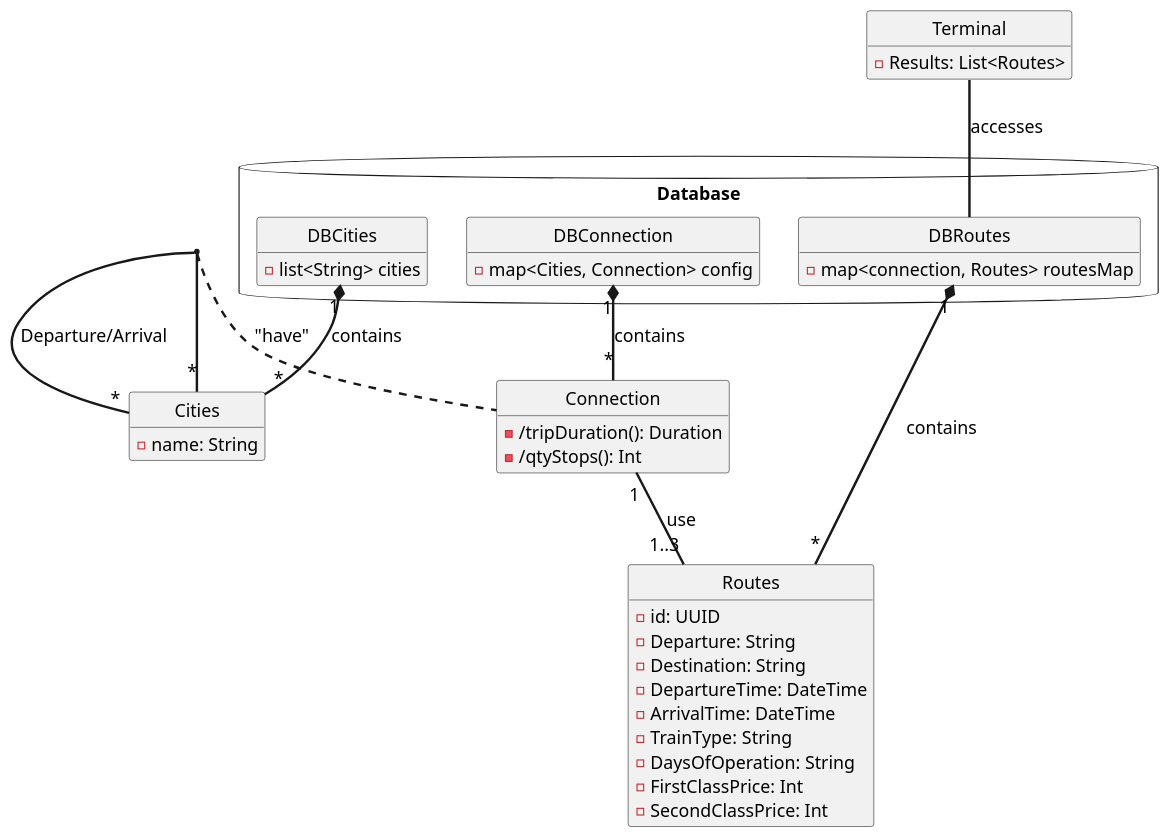
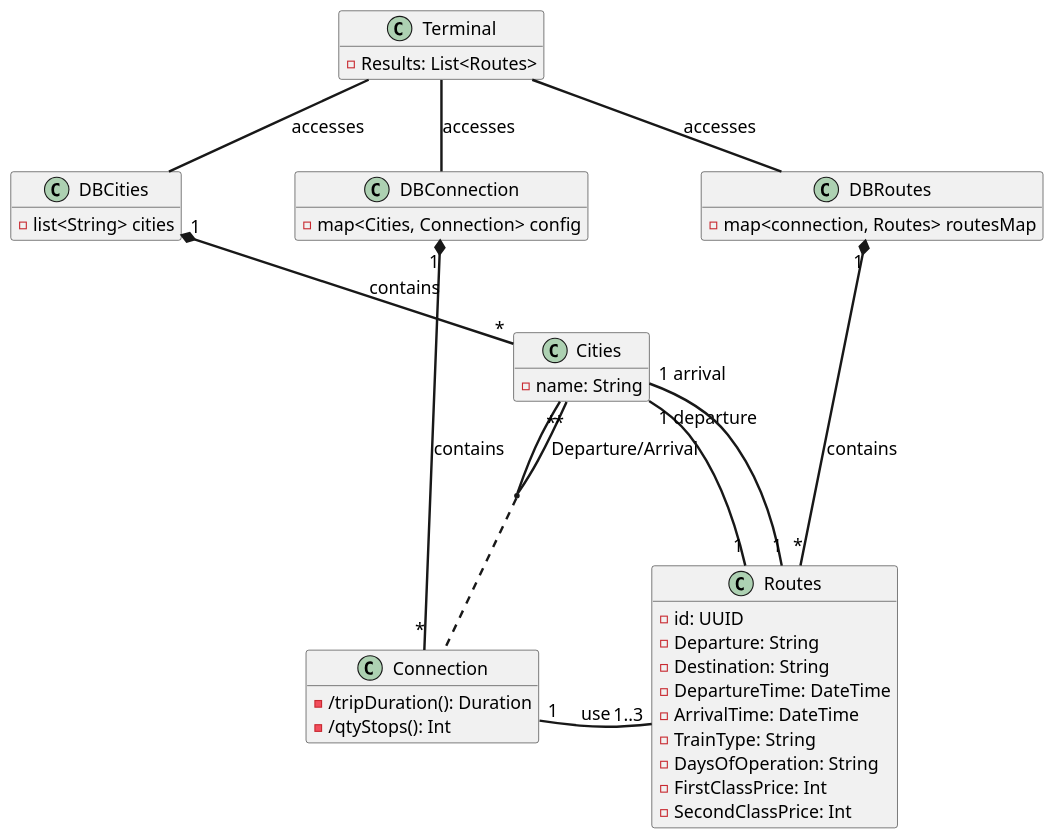
One commit to Cimpo1/SOEN342_2025 changed the diagram in docs/domain.plantuml. Above: the diagram before and after it, drawn with PlantUML. The commit also changed 3 other files, not shown here.

```diff
--- a/docs/domain.plantuml
+++ b/docs/domain.plantuml
@@ -1,72 +1,83 @@
 @startuml Domain Model
-skinparam style strictuml
 skinparam DefaultFontName Arial
 skinparam DefaultFontSize 16
 skinparam DefaultFontStyle bold
 skinparam ArrowThickness 2.2
 hide empty members
 
 class "Terminal" as terminal {
     - Results: List<Routes>
 }
 
 class "Routes" as routes {
     - id: UUID
     - Departure: String
     - Destination: String
     - DepartureTime: DateTime
     - ArrivalTime: DateTime
     - TrainType: String
     - DaysOfOperation: String
     - FirstClassPrice: Int
     - SecondClassPrice: Int
 }
 
-package "Database" <<Database>> {
-    class "DBRoutes" as DBRoutes {
-        - map<connection, Routes> routesMap
-    }
-    class "DBConnection" as DBConnection {
-        - map<Cities, Connection> config
-    }
-    class "DBCities" as DBCities {
-        - list<String> cities
-    }
+
+class "DBRoutes" as DBRoutes {
+    - map<connection, Routes> routesMap
 }
+class "DBConnection" as DBConnection {
+    - map<Cities, Connection> config
+}
+class "DBCities" as DBCities {
+    - list<String> cities
+}
+
 
 class "Connection" as connection {
     - /tripDuration(): Duration
     - /qtyStops(): Int
 }
 
 DBConnection "1" *-- "*" connection : "contains"
 DBCities  "1" *-- "*" cities : "contains"
 
 class "Cities" as cities {
     - name: String
 }
 
 cities "*" -- "*" cities : "Departure/Arrival"
 
 
 terminal  -- DBRoutes : "accesses"
 
+terminal  -- DBCities : "accesses"
+
+terminal  -- DBConnection : "accesses"
+
+DBCities  -[hidden]> DBConnection : "accesses"
+DBConnection  -[hidden]> DBRoutes : "accesses"
+connection  -[hidden]> routes : "accesses"
+
 DBRoutes "1" *-- "*" routes : "contains"
 
-(cities, cities) .. connection : "have"
+
+(cities, cities) .. connection
 
 connection "1" -- "1..3" routes : "use"
 
+cities "1 departure" -- "1" routes
+
+cities "1 arrival" -- "1" routes
 
 
 
 
 
 
 
 
 
 
 
 
 @enduml
```
